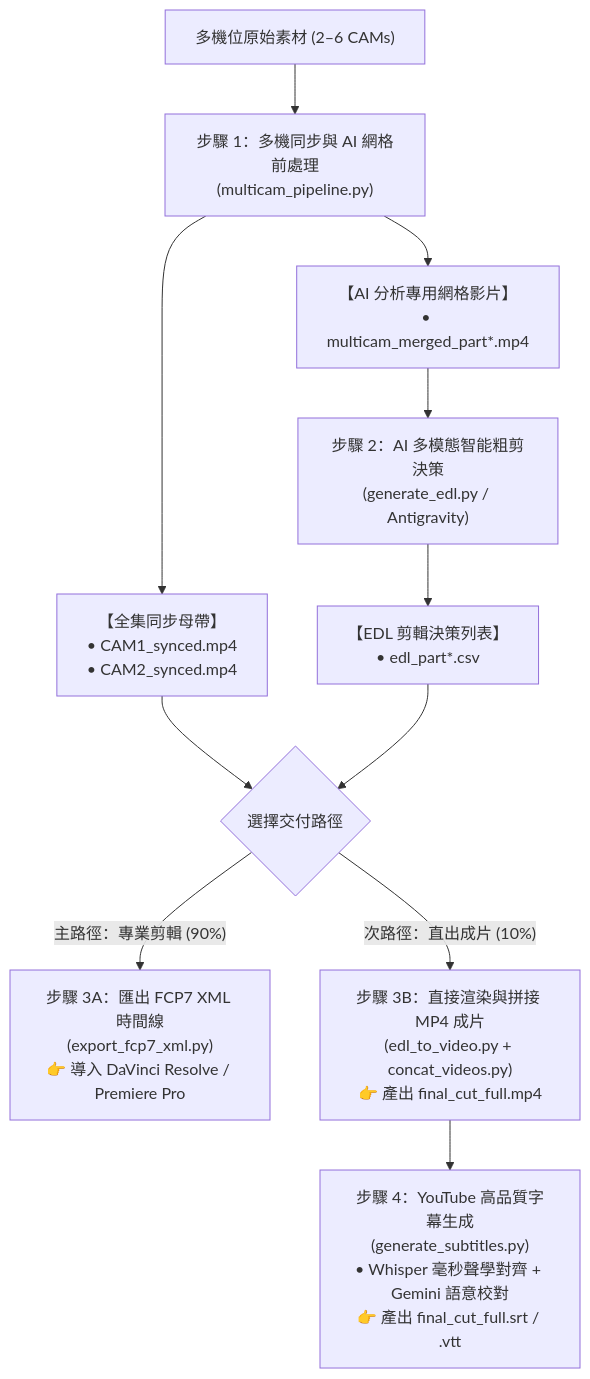
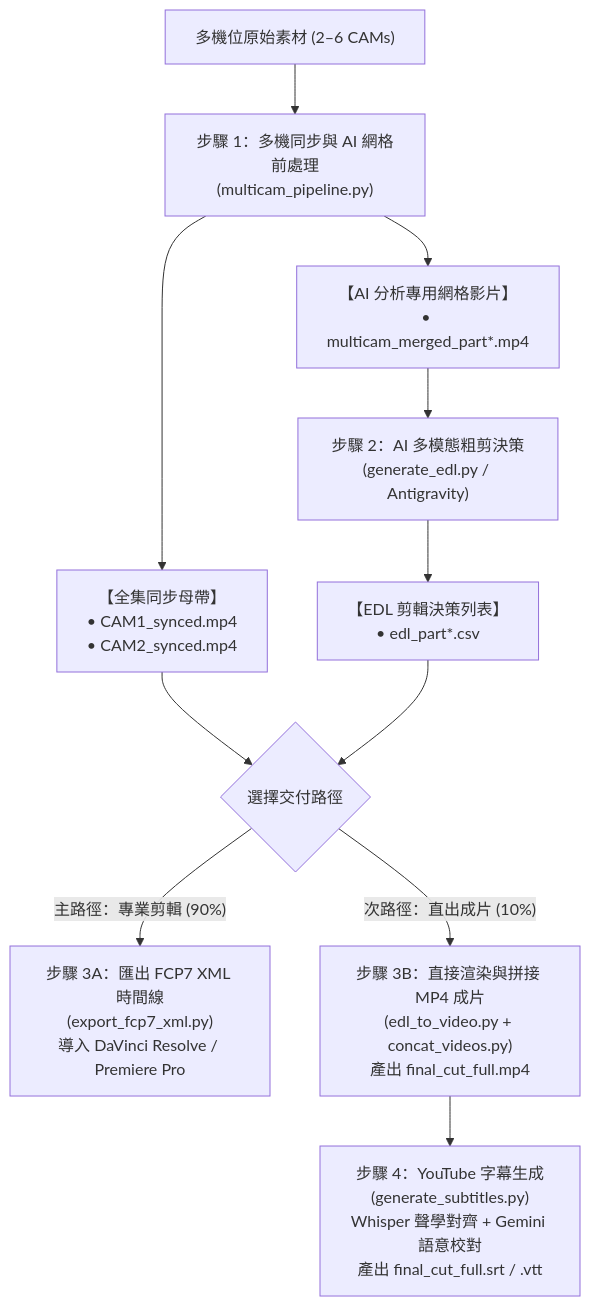
One commit to sylphlin/multicam-video-preprocessing changed the diagram in README.zh-TW.md. Above: the diagram before and after it, drawn with Mermaid. The commit also changed other lines of this file and 4 other files, not shown here.

````diff
--- a/README.zh-TW.md
+++ b/README.zh-TW.md
@@ -53,18 +53,18 @@
 ```mermaid
 flowchart TD
     A["多機位原始素材 (2–6 CAMs)"] --> B["步驟 1：多機同步與 AI 網格前處理<br/>(multicam_pipeline.py)"]
     
     B --> C["【全集同步母帶】<br/>• CAM1_synced.mp4<br/>• CAM2_synced.mp4"]
     B --> D["【AI 分析專用網格影片】<br/>• multicam_merged_part*.mp4"]
     
-    D --> E["步驟 2：AI 多模態智能粗剪決策<br/>(generate_edl.py / Antigravity)"]
+    D --> E["步驟 2：AI 多模態粗剪決策<br/>(generate_edl.py / Antigravity)"]
     E --> F["【EDL 剪輯決策列表】<br/>• edl_part*.csv"]
     
     C --> G{"選擇交付路徑"}
     F --> G
     
-    G -->|"主路徑：專業剪輯 (90%)"| H["步驟 3A：匯出 FCP7 XML 時間線<br/>(export_fcp7_xml.py)<br/>👉 導入 DaVinci Resolve / Premiere Pro"]
-    G -->|"次路徑：直出成片 (10%)"| I["步驟 3B：直接渲染與拼接 MP4 成片<br/>(edl_to_video.py + concat_videos.py)<br/>👉 產出 final_cut_full.mp4"]
+    G -->|"主路徑：專業剪輯 (90%)"| H["步驟 3A：匯出 FCP7 XML 時間線<br/>(export_fcp7_xml.py)<br/>導入 DaVinci Resolve / Premiere Pro"]
+    G -->|"次路徑：直出成片 (10%)"| I["步驟 3B：直接渲染與拼接 MP4 成片<br/>(edl_to_video.py + concat_videos.py)<br/>產出 final_cut_full.mp4"]
     
-    I --> J["步驟 4：YouTube 高品質字幕生成<br/>(generate_subtitles.py)<br/>• Whisper 毫秒聲學對齊 + Gemini 語意校對<br/>👉 產出 final_cut_full.srt / .vtt"]
+    I --> J["步驟 4：YouTube 字幕生成<br/>(generate_subtitles.py)<br/>Whisper 聲學對齊 + Gemini 語意校對<br/>產出 final_cut_full.srt / .vtt"]
 ```
````
